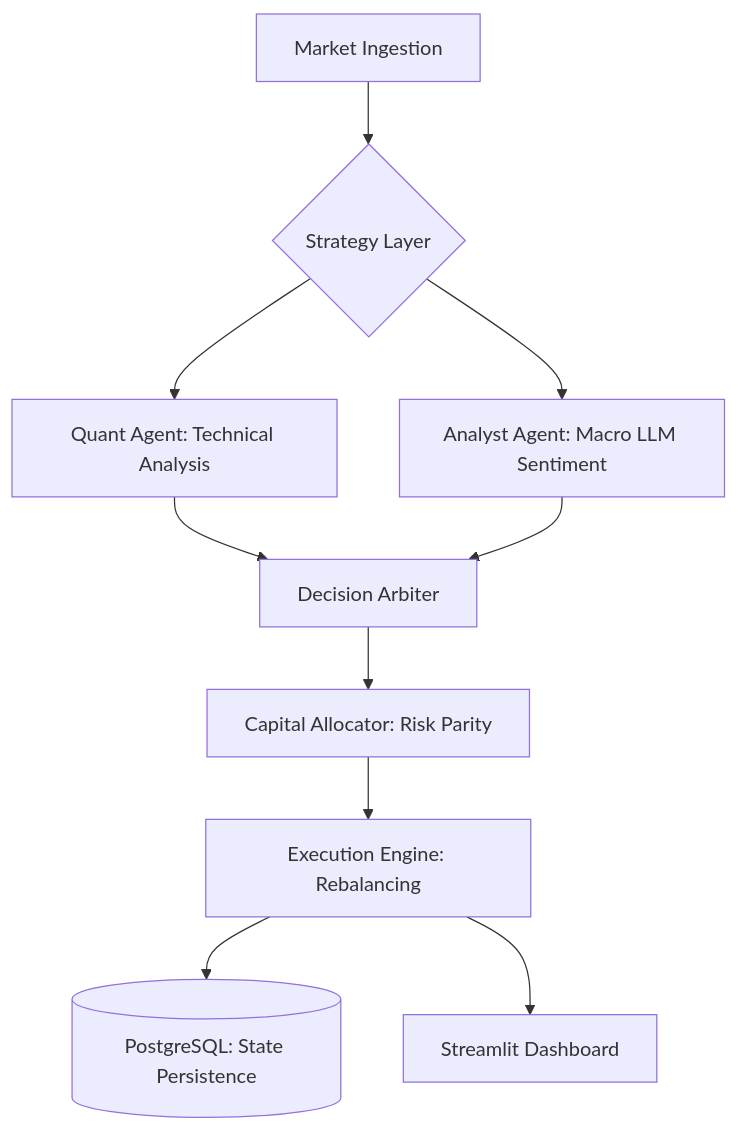
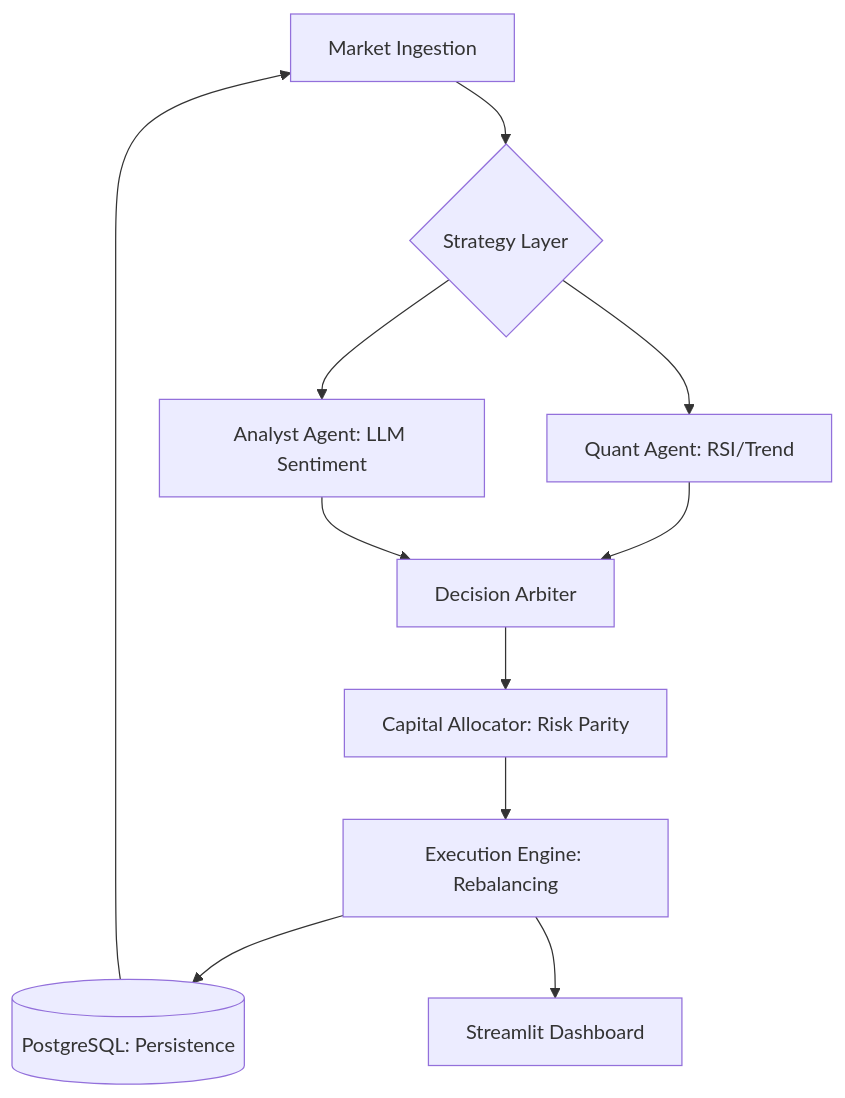
Before and after one commit to UtRaj/NexusQuant: the diagram in README.md, drawn with Mermaid. The commit also changed other lines of this file, not shown here.

````diff
--- a/README.md
+++ b/README.md
@@ -11,12 +11,13 @@
 ```mermaid
 graph TD
     A[Market Ingestion] --> B{Strategy Layer}
-    B --> C[Quant Agent: Technical Analysis]
-    B --> D[Analyst Agent: Macro LLM Sentiment]
+    B --> C[Quant Agent: RSI/Trend]
+    B --> D[Analyst Agent: LLM Sentiment]
     C --> E[Decision Arbiter]
     D --> E
     E --> F[Capital Allocator: Risk Parity]
     F --> G[Execution Engine: Rebalancing]
-    G --> H[(PostgreSQL: State Persistence)]
+    G --> H[(PostgreSQL: Persistence)]
     G --> I[Streamlit Dashboard]
+    H --> A
 ```
````
